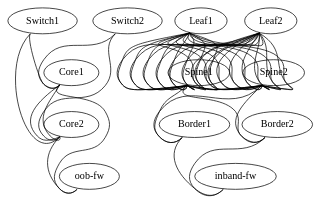
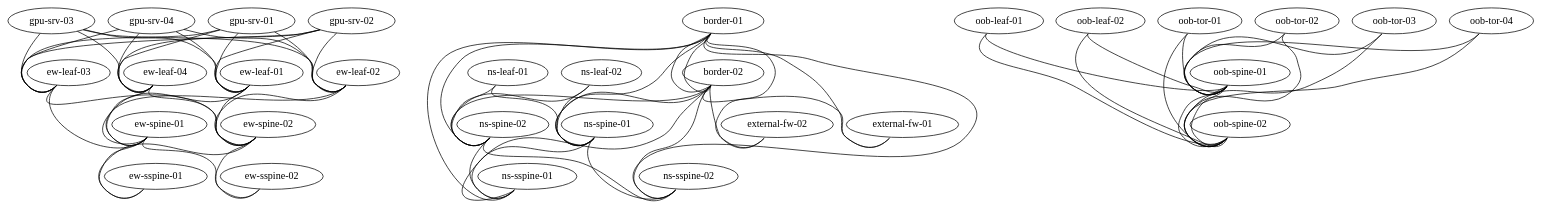
The diagram in lldpq/topology.dot (aliaydemir/lldpq-src-edt), drawn with Graphviz before and after one commit. The commit also changed 3 other files, not shown here.

```diff
--- a/lldpq/topology.dot
+++ b/lldpq/topology.dot
@@ -1,117 +1,178 @@
 /*
  * Copyright (c) 2024 LLDPq Project
  * Licensed under MIT License - see LICENSE file for details
  *
  * =============================================================================
  * TOPOLOGY.DOT - LLDPq Expected Network Topology Definition
  * =============================================================================
  *
  * PURPOSE:
  *   This file defines the expected/designed network topology connections.
  *   Used by generate_topology.py and generate_topology_full.py to validate
  *   actual LLDP-discovered connections against the intended network design.
  *
  * FORMAT:
  *   GraphViz DOT format - defines network connections as graph edges
  *   "DeviceA":"InterfaceX" -- "DeviceB":"InterfaceY"
  *
  * USAGE:
  *   - Topology validation: Compare LLDP discoveries vs expected design
  *   - Missing link detection: Identify cables not connected as designed
  *   - Network documentation: Visual representation of intended topology
  *   - Change management: Track topology modifications over time
  *
  * VALIDATION LOGIC:
- *   - ✅ LLDP matches DOT: Connection is correct
- *   - ❌ LLDP missing from DOT: Unexpected connection found
- *   - ⚠️  DOT missing from LLDP: Expected connection not found (missing cable)
+ *   - LLDP matches DOT: connection is correct
+ *   - LLDP missing from DOT: unexpected connection found
+ *   - DOT missing from LLDP: expected connection not found (missing cable)
  *
  * SYNTAX:
  *   graph "NETWORK_NAME" {
  *     "Hostname1":"Interface1" -- "Hostname2":"Interface2"
  *     "Leaf01":"swp49" -- "Spine01":"swp1"
  *   }
  *
  * MAINTENANCE:
  *   - Add new connections when cables are installed
- *   - Remove connections when cables are removed  
+ *   - Remove connections when cables are removed
  *   - Update when devices/interfaces are renamed
  *   - Keep synchronized with physical network changes
  *
  * NOTE:
  *   Hostnames must match those in devices.yaml and assets.ini for proper
  *   correlation. Interface names must match actual device interface naming.
  *
+ *   A link is only checked when both of its endpoints are known devices, so
+ *   ports facing equipment outside the fabric are best left out entirely.
+ *   Naming a placeholder peer would either be ignored or, once that name is
+ *   listed under endpoint_hosts, produce a permanent missing-cable alarm.
+ *
  * =============================================================================
  */
 
-graph "ACME" {
+graph "FABRIC" {
 
-# OOB-Leaf to OOB-Spine
+# ============================================================
+#  SAMPLE FABRIC - replace these links with the real cabling
+#
+#  EW  (compute)    numbered /31 underlay
+#  NS  (converged)  unnumbered + EVPN, ports broken out 2x (swpNsX)
+#  OOB (management) unnumbered + EVPN
+#
+#  Ports that face equipment outside the fabric (border WAN uplinks, OOB
+#  BMC and console ports) carry a host_vars configuration but no link
+#  statement here, so they stay unvalidated instead of always failing.
+# ============================================================
 
-"Switch1":"swp49" -- "Core1":"swp1"
-"Switch1":"swp50" -- "Core2":"swp1"
-"Switch2":"swp49" -- "Core1":"swp2"
-"Switch2":"swp50" -- "Core2":"swp2"
+# ============================================================
+#  EW (Compute) fabric - numbered /31 underlay
+# ============================================================
 
-# OOB-Spine to OOB-FW
+# leaf -> spine (4 rail-leaves, each dual-homed to both spines)
+"ew-leaf-01":"swp1"  -- "ew-spine-01":"swp1"     # 10.254.0.0/31
+"ew-leaf-01":"swp2"  -- "ew-spine-02":"swp1"     # 10.254.0.2/31
+"ew-leaf-02":"swp1"  -- "ew-spine-01":"swp2"     # 10.254.0.4/31
+"ew-leaf-02":"swp2"  -- "ew-spine-02":"swp2"     # 10.254.0.6/31
+"ew-leaf-03":"swp1"  -- "ew-spine-01":"swp5"     # 10.254.0.8/31
+"ew-leaf-03":"swp2"  -- "ew-spine-02":"swp5"     # 10.254.0.10/31
+"ew-leaf-04":"swp1"  -- "ew-spine-01":"swp6"     # 10.254.0.12/31
+"ew-leaf-04":"swp2"  -- "ew-spine-02":"swp6"     # 10.254.0.14/31
 
-"Core1":"swp29" -- "oob-fw":"swp1"
-"Core2":"swp29" -- "oob-fw":"swp2"
+# spine -> super-spine
+"ew-spine-01":"swp3" -- "ew-sspine-01":"swp1"    # 10.254.1.0/31
+"ew-spine-01":"swp4" -- "ew-sspine-02":"swp1"    # 10.254.1.2/31
+"ew-spine-02":"swp3" -- "ew-sspine-01":"swp2"    # 10.254.1.4/31
+"ew-spine-02":"swp4" -- "ew-sspine-02":"swp2"    # 10.254.1.6/31
 
-# OOB-Spine to OOB-Spine
+# GPU servers - rail-optimized (server ethN -> rail-N leaf, one NIC per rail)
+"gpu-srv-01":"eth1" -- "ew-leaf-01":"swp10"
+"gpu-srv-01":"eth2" -- "ew-leaf-02":"swp10"
+"gpu-srv-01":"eth3" -- "ew-leaf-03":"swp10"
+"gpu-srv-01":"eth4" -- "ew-leaf-04":"swp10"
+"gpu-srv-02":"eth1" -- "ew-leaf-01":"swp11"
+"gpu-srv-02":"eth2" -- "ew-leaf-02":"swp11"
+"gpu-srv-02":"eth3" -- "ew-leaf-03":"swp11"
+"gpu-srv-02":"eth4" -- "ew-leaf-04":"swp11"
+"gpu-srv-03":"eth1" -- "ew-leaf-01":"swp12"
+"gpu-srv-03":"eth2" -- "ew-leaf-02":"swp12"
+"gpu-srv-03":"eth3" -- "ew-leaf-03":"swp12"
+"gpu-srv-03":"eth4" -- "ew-leaf-04":"swp12"
+"gpu-srv-04":"eth1" -- "ew-leaf-01":"swp13"
+"gpu-srv-04":"eth2" -- "ew-leaf-02":"swp13"
+"gpu-srv-04":"eth3" -- "ew-leaf-03":"swp13"
+"gpu-srv-04":"eth4" -- "ew-leaf-04":"swp13"
 
-"Core1":"swp31" -- "Core2":"swp31"
-"Core1":"swp32" -- "Core2":"swp32"
+# ============================================================
+#  NS (Converged) fabric - unnumbered + EVPN (breakout 2x -> sN)
+# ============================================================
 
-# TAN-Spine to Border-Leaf
+# leaf -> spine (swp41 -> spine-01, swp42 -> spine-02)
+"ns-leaf-01":"swp41s0" -- "ns-spine-01":"swp1s0"
+"ns-leaf-01":"swp42s0" -- "ns-spine-02":"swp1s0"
+"ns-leaf-02":"swp41s0" -- "ns-spine-01":"swp1s1"
+"ns-leaf-02":"swp42s0" -- "ns-spine-02":"swp1s1"
 
-"Spine1":"swp64s0" -- "Border1":"swp1"
-"Spine1":"swp64s1" -- "Border2":"swp1"
-"Spine2":"swp64s0" -- "Border1":"swp2"
-"Spine2":"swp64s1" -- "Border2":"swp2"
+# border -> spine (swp1 -> spine-01, swp2 -> spine-02)
+"border-01":"swp1" -- "ns-spine-01":"swp2s0"
+"border-01":"swp2" -- "ns-spine-02":"swp2s0"
+"border-02":"swp1" -- "ns-spine-01":"swp2s1"
+"border-02":"swp2" -- "ns-spine-02":"swp2s1"
 
-# Border-Leaf to inband-fw
+# spine -> super-spine
+"ns-spine-01":"swp3s0" -- "ns-sspine-01":"swp1s0"
+"ns-spine-01":"swp3s1" -- "ns-sspine-02":"swp1s0"
+"ns-spine-02":"swp3s0" -- "ns-sspine-01":"swp1s1"
+"ns-spine-02":"swp3s1" -- "ns-sspine-02":"swp1s1"
 
-"Border1":"swp31" -- "inband-fw":"swp1"
-"Border2":"swp31" -- "inband-fw":"swp2"
+# border -> super-spine (swp5 -> sspine-01, swp6 -> sspine-02)
+"border-01":"swp5" -- "ns-sspine-01":"swp2s0"
+"border-01":"swp6" -- "ns-sspine-02":"swp2s0"
+"border-02":"swp5" -- "ns-sspine-01":"swp2s1"
+"border-02":"swp6" -- "ns-sspine-02":"swp2s1"
 
-# TAN-Leaf to TAN-Spine
+# border MLAG peer-link
+"border-01":"swp31" -- "border-02":"swp31"
+"border-01":"swp32" -- "border-02":"swp32"
 
-"Leaf1":"swp55s0" -- "Spine1":"swp1s0"
-"Leaf1":"swp55s1" -- "Spine1":"swp1s1"
-"Leaf1":"swp56s0" -- "Spine1":"swp2s0"
-"Leaf1":"swp56s1" -- "Spine1":"swp2s1"
-"Leaf1":"swp57s0" -- "Spine1":"swp3s0"
-"Leaf1":"swp57s1" -- "Spine1":"swp3s1"
-"Leaf1":"swp58s0" -- "Spine1":"swp4s0"
-"Leaf1":"swp58s1" -- "Spine1":"swp4s1"
+# External firewalls dual-homed via the border MLAG bonds (VLAN 2000 -> exit VRF)
+# external-fw-01 -> bond_fw01 (border swp10), external-fw-02 -> bond_fw02 (border swp11)
+"border-01":"swp10" -- "external-fw-01":"swp1"
+"border-02":"swp10" -- "external-fw-01":"swp2"
+"border-01":"swp11" -- "external-fw-02":"swp1"
+"border-02":"swp11" -- "external-fw-02":"swp2"
 
-"Leaf1":"swp59s0" -- "Spine2":"swp1s0"
-"Leaf1":"swp59s1" -- "Spine2":"swp1s1"
-"Leaf1":"swp60s0" -- "Spine2":"swp2s0"
-"Leaf1":"swp60s1" -- "Spine2":"swp2s1"
-"Leaf1":"swp61s0" -- "Spine2":"swp3s0"
-"Leaf1":"swp61s1" -- "Spine2":"swp3s1"
-"Leaf1":"swp62s0" -- "Spine2":"swp4s0"
-"Leaf1":"swp62s1" -- "Spine2":"swp4s1"
+# border-01/02 swp25 face the WAN edge, which sits outside this fabric.
+# Deliberately left out - see the note at the top of the file.
 
-"Leaf2":"swp55s0" -- "Spine1":"swp5s0"
-"Leaf2":"swp55s1" -- "Spine1":"swp5s1"
-"Leaf2":"swp56s0" -- "Spine1":"swp6s0"
-"Leaf2":"swp56s1" -- "Spine1":"swp6s1"
-"Leaf2":"swp57s0" -- "Spine1":"swp7s0"
-"Leaf2":"swp57s1" -- "Spine1":"swp7s1"
-"Leaf2":"swp58s0" -- "Spine1":"swp8s0"
-"Leaf2":"swp58s1" -- "Spine1":"swp8s1"
+# ============================================================
+#  OOB fabric - unnumbered + EVPN (oob VRF)
+#  leaf + tor uplink swp49 -> oob-spine-01, swp51 -> oob-spine-02
+# ============================================================
 
-"Leaf2":"swp59s0" -- "Spine2":"swp5s0"
-"Leaf2":"swp59s1" -- "Spine2":"swp5s1"
-"Leaf2":"swp60s0" -- "Spine2":"swp6s0"
-"Leaf2":"swp60s1" -- "Spine2":"swp6s1"
-"Leaf2":"swp61s0" -- "Spine2":"swp7s0"
-"Leaf2":"swp61s1" -- "Spine2":"swp7s1"
-"Leaf2":"swp62s0" -- "Spine2":"swp8s0"
-"Leaf2":"swp62s1" -- "Spine2":"swp8s1"
+"oob-leaf-01":"swp49" -- "oob-spine-01":"swp1s0"
+"oob-leaf-01":"swp51" -- "oob-spine-02":"swp1s0"
+"oob-leaf-02":"swp49" -- "oob-spine-01":"swp1s1"
+"oob-leaf-02":"swp51" -- "oob-spine-02":"swp1s1"
+
+"oob-tor-01":"swp49" -- "oob-spine-01":"swp2s0"
+"oob-tor-01":"swp51" -- "oob-spine-02":"swp2s0"
+"oob-tor-02":"swp49" -- "oob-spine-01":"swp2s1"
+"oob-tor-02":"swp51" -- "oob-spine-02":"swp2s1"
+"oob-tor-03":"swp49" -- "oob-spine-01":"swp3s0"
+"oob-tor-03":"swp51" -- "oob-spine-02":"swp3s0"
+"oob-tor-04":"swp49" -- "oob-spine-01":"swp3s1"
+"oob-tor-04":"swp51" -- "oob-spine-02":"swp3s1"
+
+# OOB spine <-> spine interconnect
+"oob-spine-01":"swp4s0" -- "oob-spine-02":"swp4s0"
+"oob-spine-01":"swp4s1" -- "oob-spine-02":"swp4s1"
+
+# The OOB access edge (BMC on VLAN 601/602, console on 604) attaches to
+# equipment outside this fabric, so oob-leaf-01/02 swp1, oob-tor-01
+# swp1/swp19/swp37 and the equivalent ToR access ports carry no link here.
+#
+# To validate that access layer as well, cable the real endpoints and list
+# them under endpoint_hosts in devices.yaml so the links count, for example:
+#   "oob-tor-01":"swp1" -- "bmc-01":"eth1"
 
 }
```
